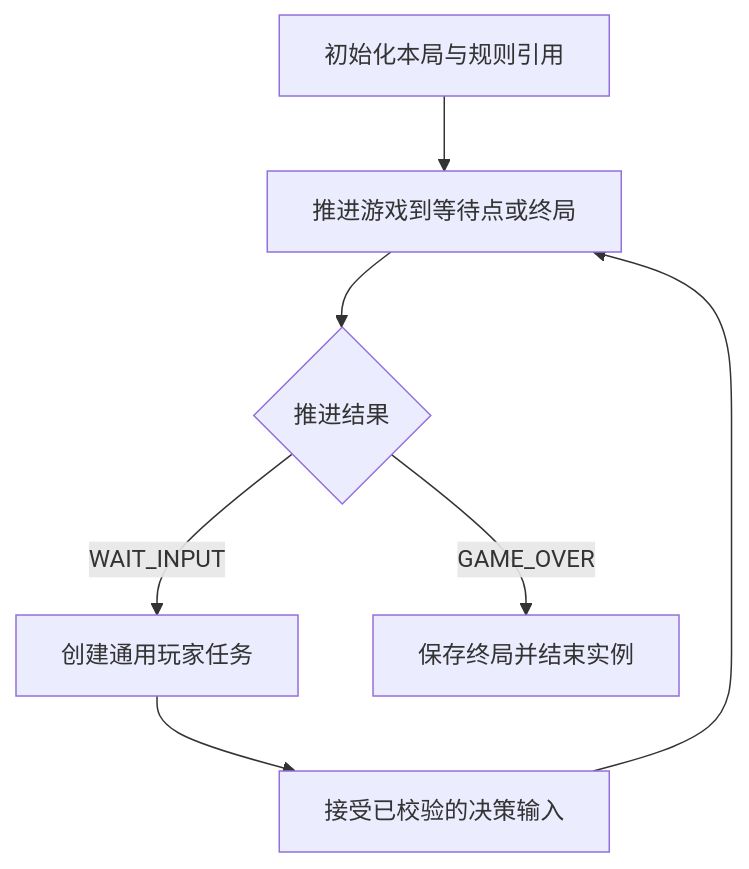
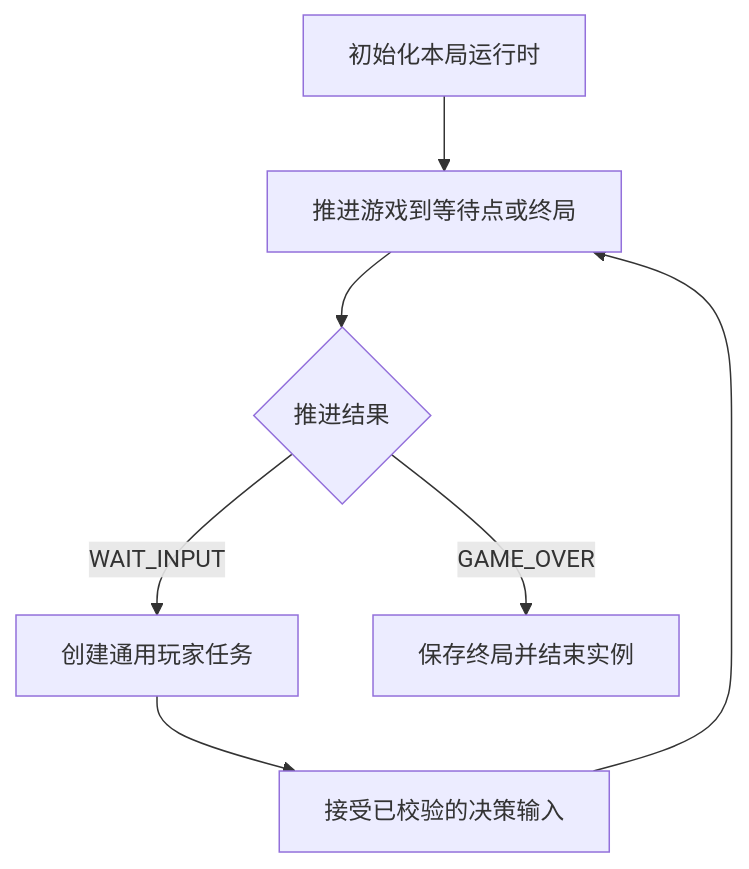
The second of 3 diagrams in docs/flowable-game-architecture.md (xfcycc/dfw), drawn with Mermaid before and after one commit. The commit also changed other lines of this file and 71 other files, not shown here.

First line of the commit message:
feat(game): 完善资产结算与地图经济配置并固化玩法评审

````diff
--- a/docs/flowable-game-architecture.md
+++ b/docs/flowable-game-architecture.md
@@ -117,9 +121,9 @@
 ```mermaid
 flowchart TD
-    A[初始化本局与规则引用] --> B[推进游戏到等待点或终局]
+    A[初始化本局运行时] --> B[推进游戏到等待点或终局]
     B --> C{推进结果}
     C -->|WAIT_INPUT| D[创建通用玩家任务]
     D --> E[接受已校验的决策输入]
     E --> B
     C -->|GAME_OVER| F[保存终局并结束实例]
 ```
````
